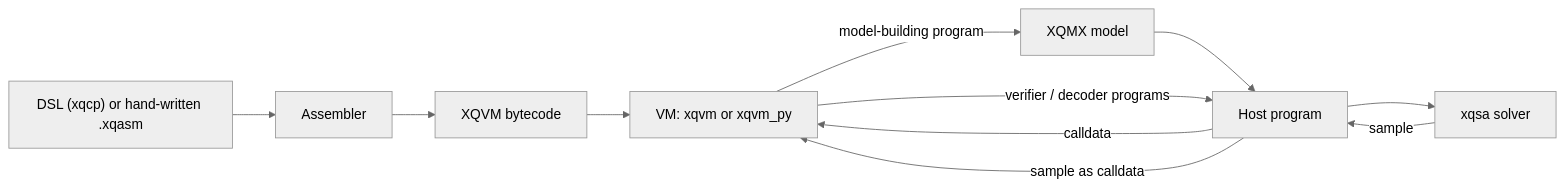
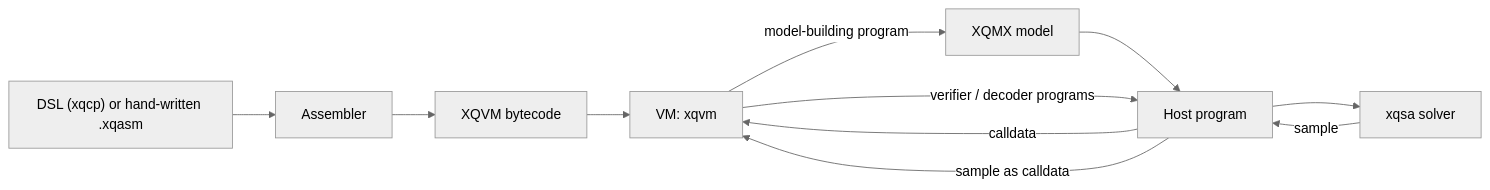
One commit to QuipNetwork/xquad changed the diagram in docs/book/src/concepts/README.md. Above: the diagram before and after it, drawn with Mermaid (neutral theme). The commit also changed other lines of this file and 15 other files, not shown here.

````diff
--- a/docs/book/src/concepts/README.md
+++ b/docs/book/src/concepts/README.md
@@ -7,13 +7,13 @@
 ```mermaid
 flowchart LR
     P["DSL (xqcp) or hand-written .xqasm"] --> ASM[Assembler]
     ASM --> B[XQVM bytecode]
-    B --> V["VM: xqvm or xqvm_py"]
+    B --> V["VM: xqvm"]
     H[Host program] -->|calldata| V
     V -->|model-building program| M[XQMX model]
     M --> H
     H --> SLV[xqsa solver]
     SLV -->|sample| H
     H -->|sample as calldata| V
     V -->|verifier / decoder programs| H
 ```
````
